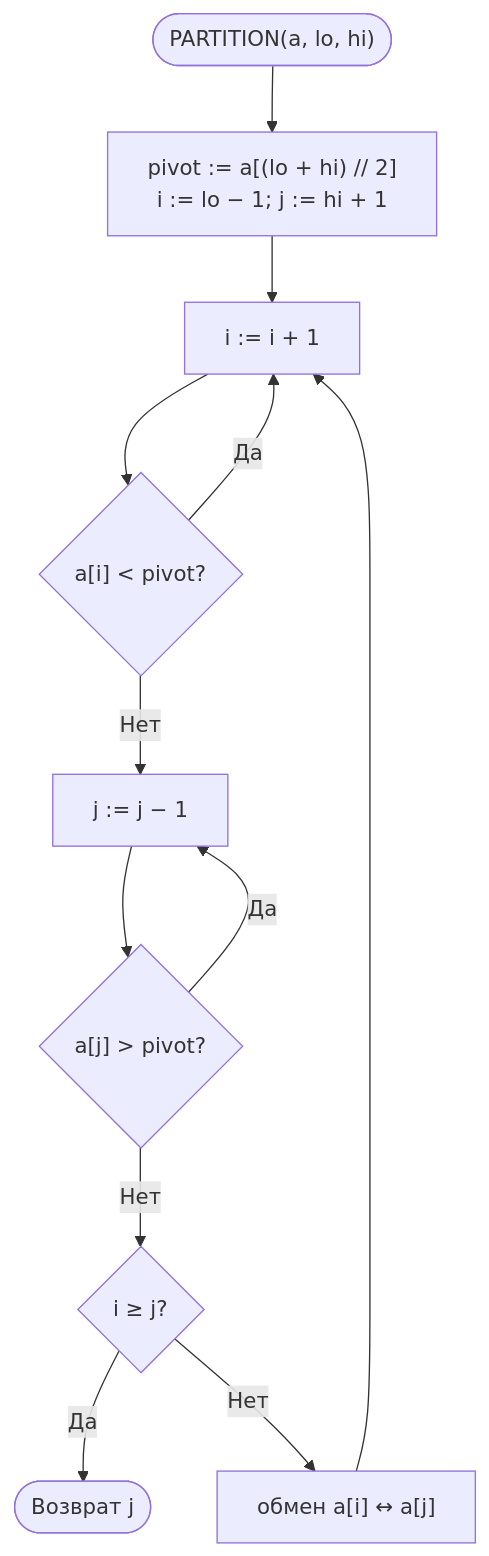
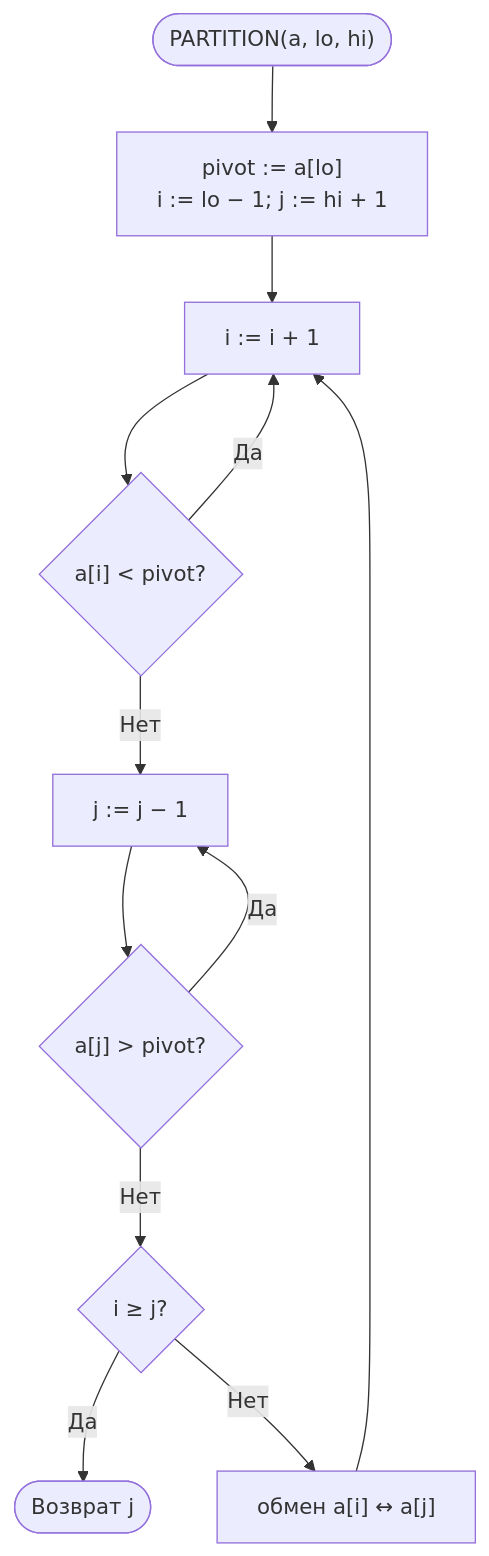
The second of 5 diagrams in lab3/README.md (imrannasrullaev469-hue/theory-of-algorithms-labs), drawn with Mermaid before and after one commit. The commit also changed other lines of this file and 12 other files, not shown here.

````diff
--- a/lab3/README.md
+++ b/lab3/README.md
@@ -106,13 +111,13 @@
 ```mermaid
 flowchart TD
-    A(["PARTITION(a, lo, hi)"]) --> B["pivot := a[(lo + hi) // 2]<br/>i := lo − 1; j := hi + 1"]
+    A(["PARTITION(a, lo, hi)"]) --> B["pivot := a[lo]<br/>i := lo − 1; j := hi + 1"]
     B --> C["i := i + 1"]
     C --> D{"a[i] < pivot?"}
     D -- Да --> C
     D -- Нет --> E["j := j − 1"]
     E --> F{"a[j] > pivot?"}
     F -- Да --> E
     F -- Нет --> G{"i ≥ j?"}
     G -- Да --> H([Возврат j])
     G -- Нет --> I["обмен a[i] ↔ a[j]"] --> C
 ```
````
